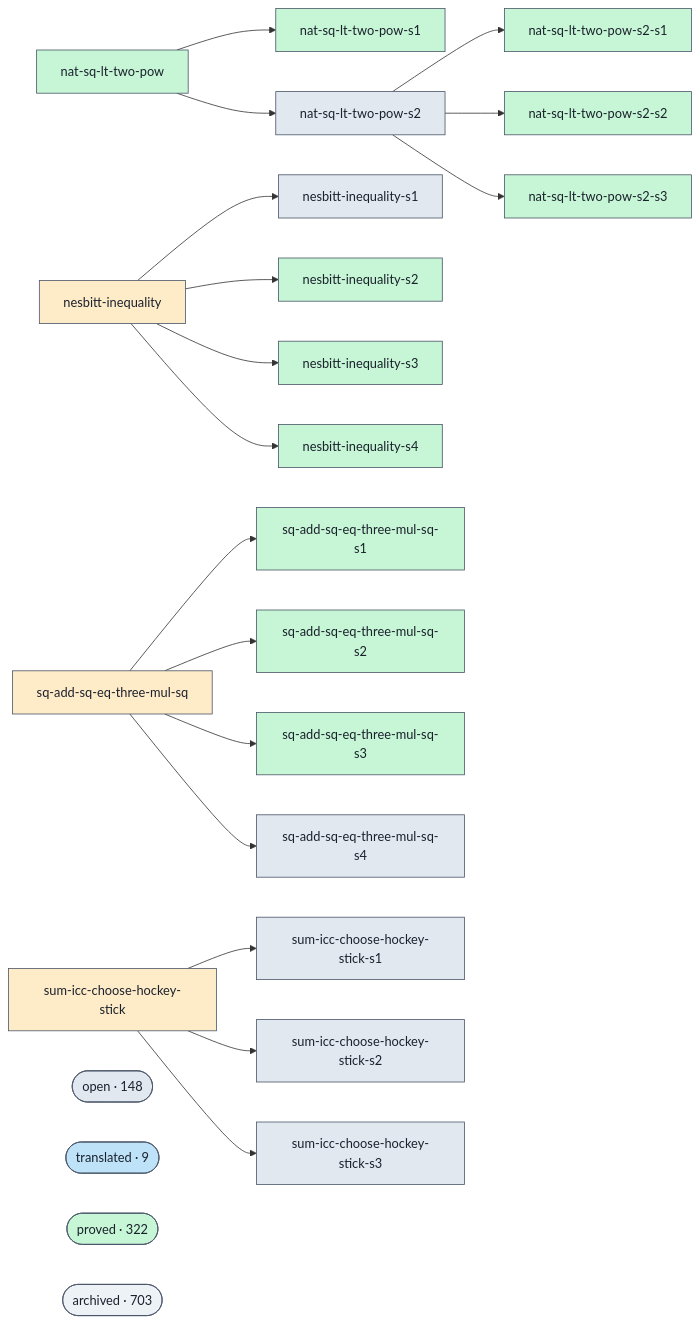
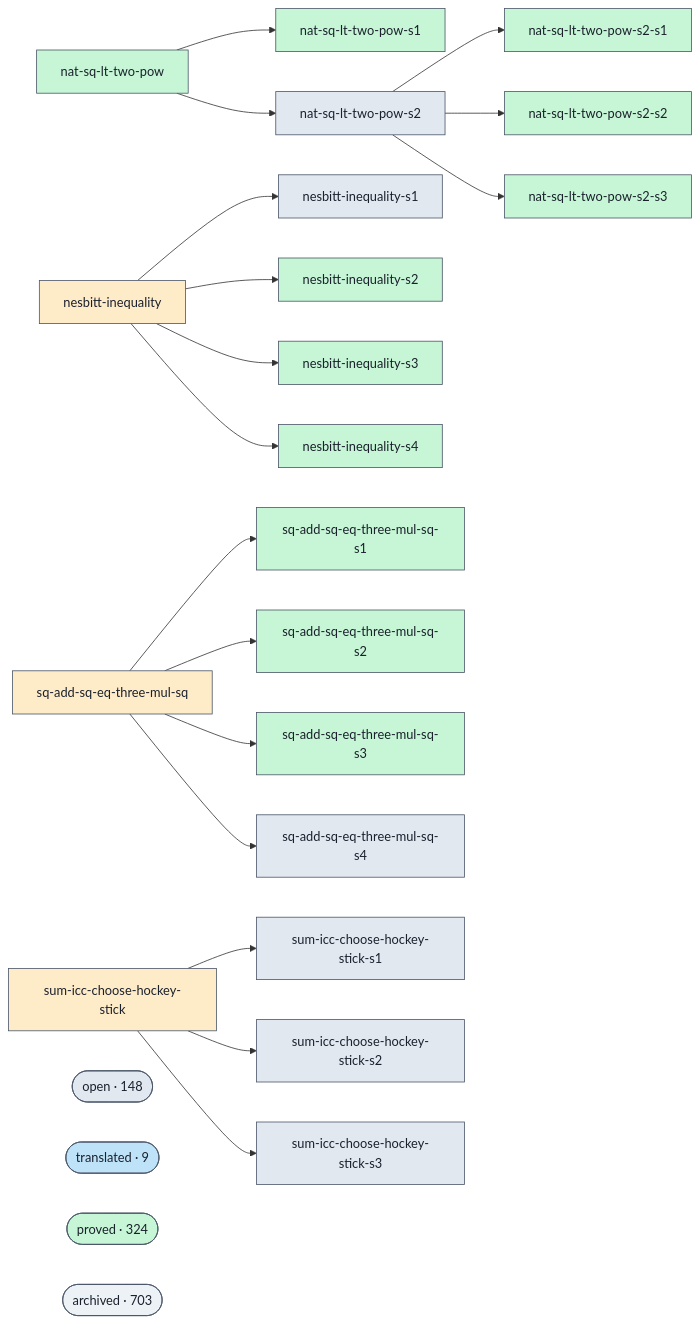
One commit to Rauxon/unsorry changed the diagram in docs/proofs-contributors-visualisation.md. Above: the diagram before and after it, drawn with Mermaid. The commit also changed other lines of this file and 2 other files, not shown here.

```diff
--- a/docs/proofs-contributors-visualisation.md
+++ b/docs/proofs-contributors-visualisation.md
@@ -102,7 +102,7 @@
   class cluster_open open;
   cluster_translated(["translated · 9"])
   class cluster_translated translated;
-  cluster_proved(["proved · 322"])
+  cluster_proved(["proved · 324"])
   class cluster_proved proved;
   cluster_archived(["archived · 703"])
   class cluster_archived unknown;
```
